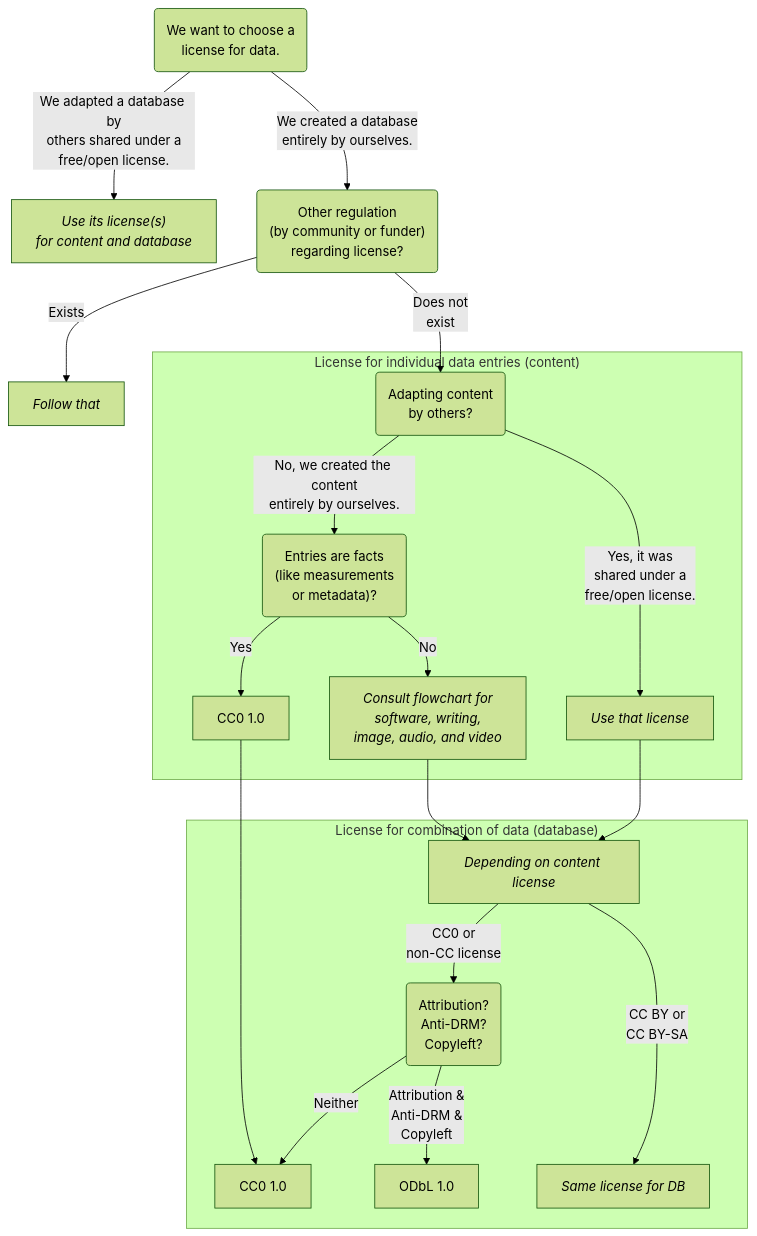
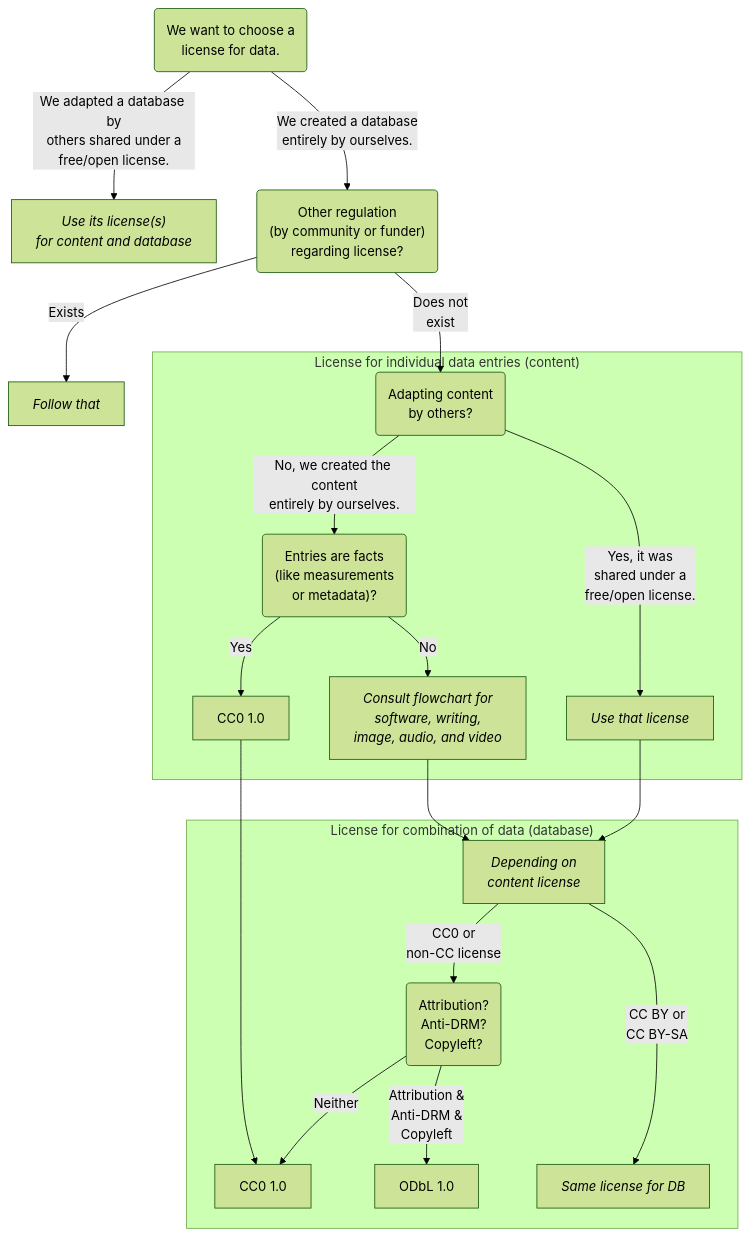
Before and after one commit to lmu-osc/code-publishing-short: the third of 3 diagrams in choose_license.qmd, drawn with Mermaid (forest theme). The commit also changed other lines of this file and 1 other file, not shown here.

````diff
--- a/choose_license.qmd
+++ b/choose_license.qmd
@@ -367,34 +363,34 @@
 ```{mermaid}
 flowchart TB
   start("We want to choose a<br>license for data.") --"We adapted a database by<br>others shared under a<br>free/open license."--> use_existing_license_db["<em>Use its license(s)<br>for content and database</em>"]
   start --"We created a database<br>entirely by ourselves."--> regulation("Other regulation<br>(by community or funder)<br>regarding license?")
   
   regulation --"Exists"--> follow_existing_norms["<em>Follow that</em>"]
   regulation --"Does not<br>exist"--> existing_license_content("Adapting content<br> by others?")
   
   subgraph "License for individual data entries (content)"
   existing_license_content --"No, we created the content<br>entirely by ourselves."--> facts("Entries are facts<br>(like measurements<br>or metadata)?")
   existing_license_content --"Yes, it was<br>shared under a<br>free/open license."--> use_existing_license_content["<em>Use that license</em>"]
   facts --"Yes"--> cc0_content_metadata["CC0 1.0"]
   facts --"No"--> choose_license["<em>Consult flowchart for<br>software, writing,<br>image, audio, and video</em>"]
   end
   
   subgraph "License for combination of data (database)"
-  choose_license --> switch_license["<em>Depending on content license</em>"]
+  choose_license --> switch_license["<em>Depending on<br>content license</em>"]
   use_existing_license_content --> switch_license
   
   cc0_content_metadata --> cc0_db["CC0 1.0"]
   switch_license --"CC0 or<br>non-CC license"--> sa("Attribution?<br>Anti-DRM?<br>Copyleft?")
   switch_license --"CC BY or<br>CC BY-SA"--> same["<em>Same license for DB</em>"]
   
   sa --"Neither"--> cc0_db
   sa --"Attribution &<br>Anti-DRM &<br>Copyleft"--> odbl["ODbL 1.0"]
   
   %% the following link is only added to have terminal nodes on the same level
   sa ~~~ same
   end
   
   click cc0_content_metadata href "https://creativecommons.org/publicdomain/zero/1.0/"
   click cc0_db href "https://creativecommons.org/publicdomain/zero/1.0/"
   click odbl href "https://opendatacommons.org/licenses/odbl/summary/"
 ```
````
